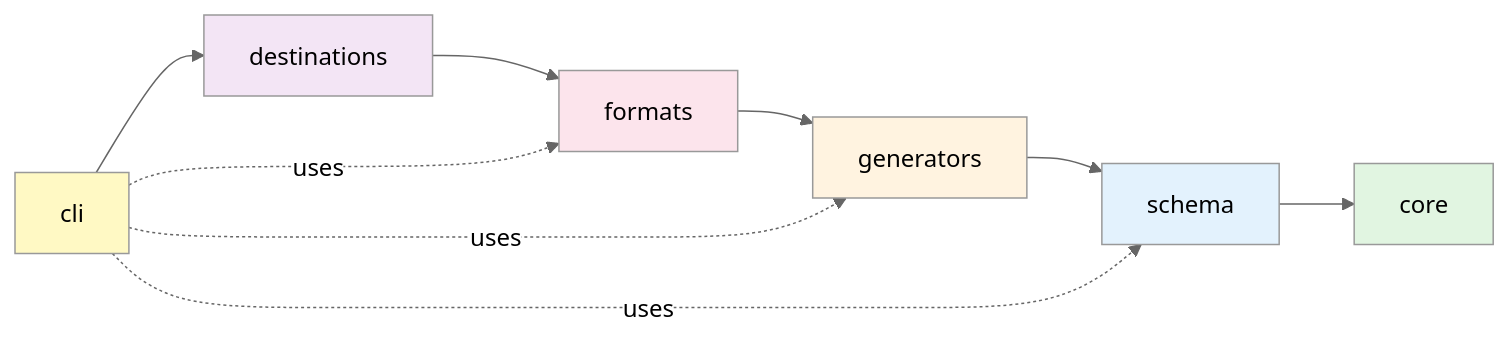
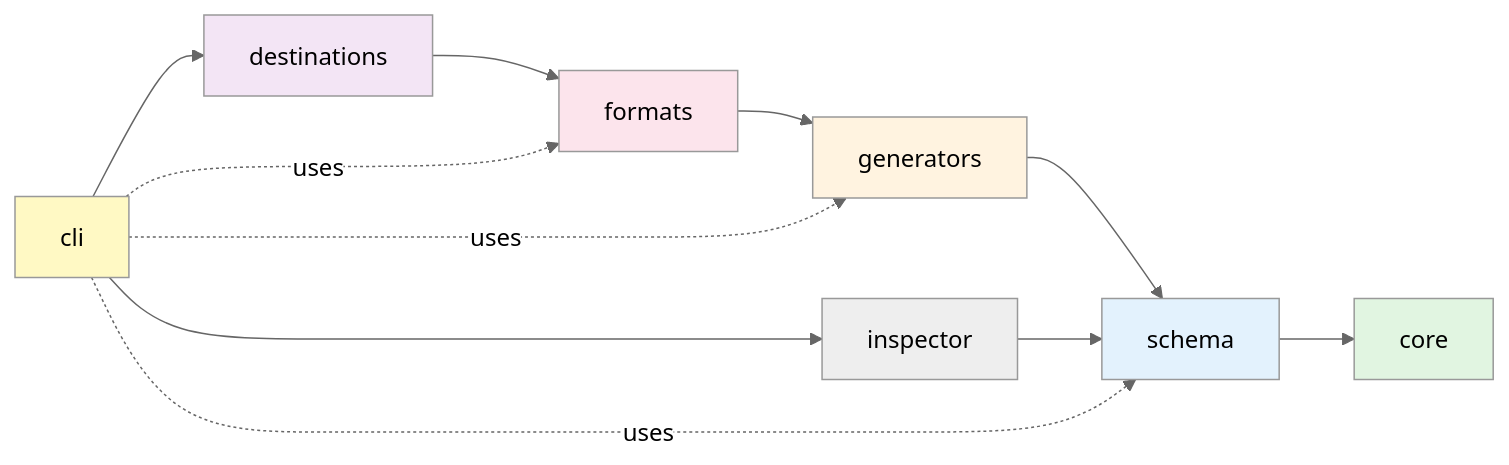
Before and after one commit to mferretti/SeedStream: the first of 2 diagrams in docs/DESIGN.md, drawn with Mermaid (neutral theme). The commit also changed other lines of this file and 24 other files, not shown here.

````diff
--- a/docs/DESIGN.md
+++ b/docs/DESIGN.md
@@ -75,19 +75,21 @@
 ```mermaid
 graph LR
     CLI[cli] --> DEST[destinations]
+    CLI --> INSP[inspector]
     DEST --> FMT[formats]
     FMT --> GEN[generators]
     GEN --> SCHEMA[schema]
+    INSP --> SCHEMA
     SCHEMA --> CORE[core]
     
     CLI -.->|uses| FMT
     CLI -.->|uses| GEN
     CLI -.->|uses| SCHEMA
     
     style CORE fill:#e1f5e1
     style SCHEMA fill:#e3f2fd
     style GEN fill:#fff3e0
     style FMT fill:#fce4ec
     style DEST fill:#f3e5f5
     style CLI fill:#fff9c4
 ```
````
